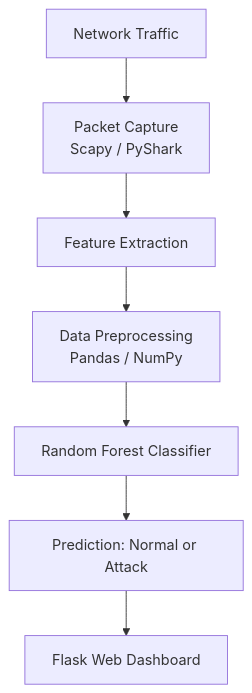
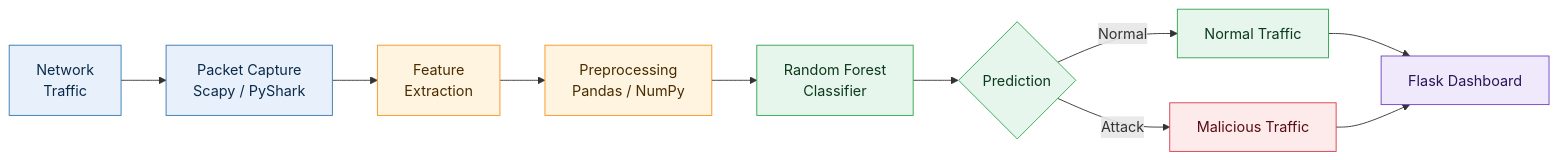
One commit to Chintucharan/Network_Intrusion_Detection_System changed the first of 3 diagrams in README.md. Above: the diagram before and after it, drawn with Mermaid. The commit also changed other lines of this file, not shown here.

````diff
--- a/README.md
+++ b/README.md
@@ -52,9 +58,26 @@
 ```mermaid
-flowchart TD
-    A[Network Traffic] --> B[Packet Capture<br/>Scapy / PyShark]
-    B --> C[Feature Extraction]
-    C --> D[Data Preprocessing<br/>Pandas / NumPy]
-    D --> E[Random Forest Classifier]
-    E --> F[Prediction: Normal or Attack]
-    F --> G[Flask Web Dashboard]
+flowchart LR
+    A["Network<br/>Traffic"] --> B["Packet Capture<br/>Scapy / PyShark"]
+    B --> C["Feature<br/>Extraction"]
+    C --> D["Preprocessing<br/>Pandas / NumPy"]
+    D --> E["Random Forest<br/>Classifier"]
+    E --> F{"Prediction"}
+    F -->|Normal| G["Normal Traffic"]
+    F -->|Attack| H["Malicious Traffic"]
+    G --> I["Flask Dashboard"]
+    H --> I
+
+    classDef input fill:#e8f1fb,stroke:#3776ab,color:#0b2a4a
+    classDef process fill:#fff4e0,stroke:#f7931e,color:#4a2c00
+    classDef model fill:#e6f6ec,stroke:#2ea44f,color:#0b3a1c
+    classDef good fill:#e6f6ec,stroke:#2ea44f,color:#0b3a1c
+    classDef bad fill:#fdeaea,stroke:#d73a49,color:#5a0b14
+    classDef output fill:#efe9fb,stroke:#6f42c1,color:#2a1457
+
+    class A,B input
+    class C,D process
+    class E,F model
+    class G good
+    class H bad
+    class I output
 ```
````
